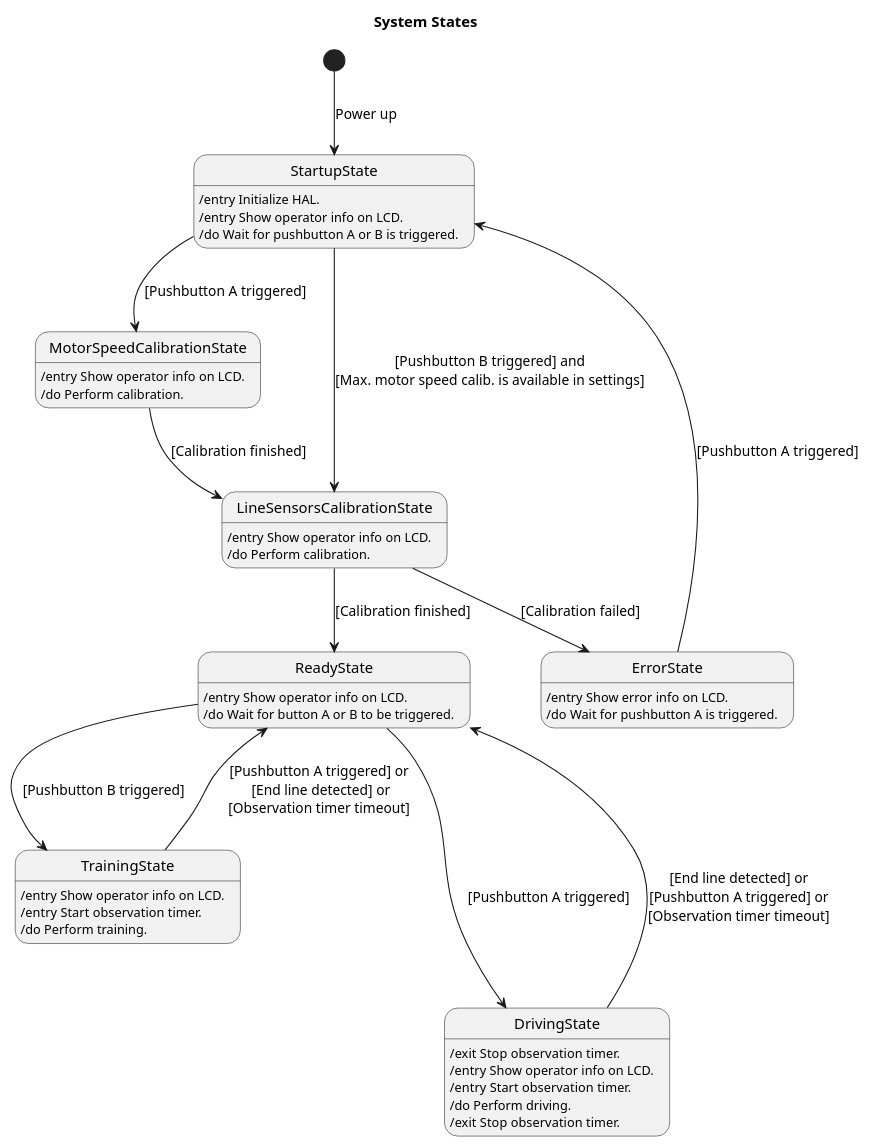
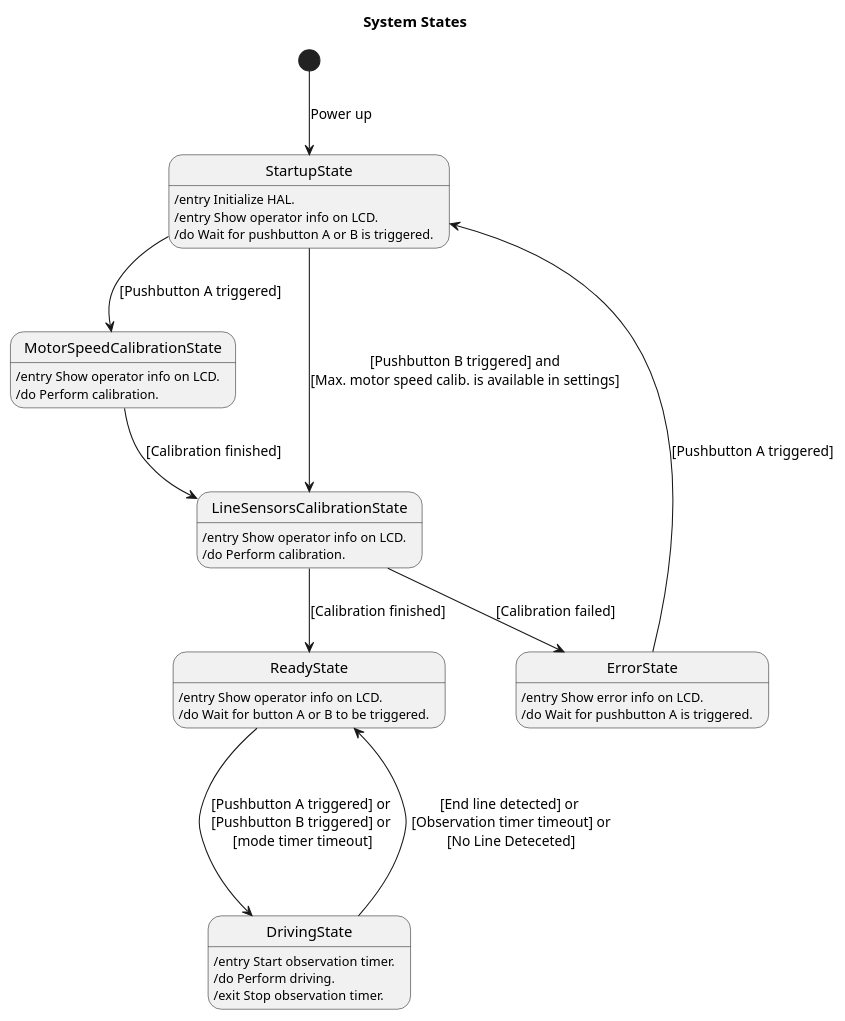
The diagram in doc/architecture/uml/ProcessView/ReinforcementLearning/SystemStates.plantuml (BlueAndi/RadonUlzer), drawn with PlantUML before and after one commit. The commit also changed 4 other files, not shown here.

Commit message:
Removing the training status from the application architecture and correcting the spelling

```diff
--- a/doc/architecture/uml/ProcessView/ReinforcementLearning/SystemStates.plantuml
+++ b/doc/architecture/uml/ProcessView/ReinforcementLearning/SystemStates.plantuml
@@ -1,43 +1,35 @@
 @startuml
 
 title System States
 
 state StartupState: /entry Initialize HAL.
 state StartupState: /entry Show operator info on LCD.
 state StartupState: /do Wait for pushbutton A or B is triggered.
 
 state MotorSpeedCalibrationState: /entry Show operator info on LCD.
 state MotorSpeedCalibrationState: /do Perform calibration.
 
 state LineSensorsCalibrationState: /entry Show operator info on LCD.
 state LineSensorsCalibrationState: /do Perform calibration.
 
 state ErrorState: /entry Show error info on LCD.
 state ErrorState: /do Wait for pushbutton A is triggered.
 
 state ReadyState: /entry Show operator info on LCD.
 state ReadyState: /do Wait for button A or B to be triggered.
 
-state TrainingState: /entry Show operator info on LCD.
-state TrainingState: /entry Start observation timer.
-state TrainingState: /do Perform training.
-state DrivingState: /exit Stop observation timer.
-
-state DrivingState: /entry Show operator info on LCD. 
 state DrivingState: /entry Start observation timer.
 state DrivingState: /do Perform driving.
 state DrivingState: /exit Stop observation timer.
 
 [*] --> StartupState: Power up
 StartupState --> MotorSpeedCalibrationState: [Pushbutton A triggered]
 StartupState --> LineSensorsCalibrationState: [Pushbutton B triggered] and\n[Max. motor speed calib. is available in settings]
 MotorSpeedCalibrationState --> LineSensorsCalibrationState: [Calibration finished]
 LineSensorsCalibrationState --> ReadyState: [Calibration finished]
 LineSensorsCalibrationState --> ErrorState: [Calibration failed]
-ReadyState ---> DrivingState: [Pushbutton A triggered]
-ReadyState --> TrainingState: [Pushbutton B triggered]
-TrainingState --> ReadyState: [Pushbutton A triggered] or\n [End line detected] or\n[Observation timer timeout]
-DrivingState ---> ReadyState: [End line detected] or\n[Pushbutton A triggered] or\n[Observation timer timeout]
+ReadyState ---> DrivingState: [Pushbutton A triggered] or\n [Pushbutton B triggered] or \n [mode timer timeout]
+DrivingState ---> ReadyState: [End line detected] or\n [Observation timer timeout] or\n [No Line Deteceted]
 ErrorState --> StartupState: [Pushbutton A triggered]
 
 @enduml
```
